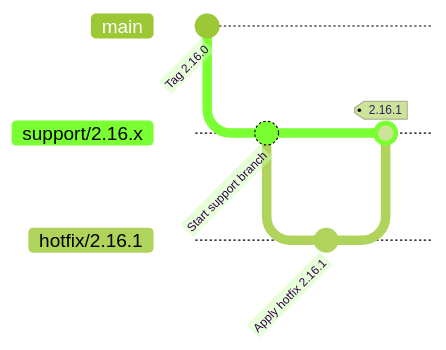
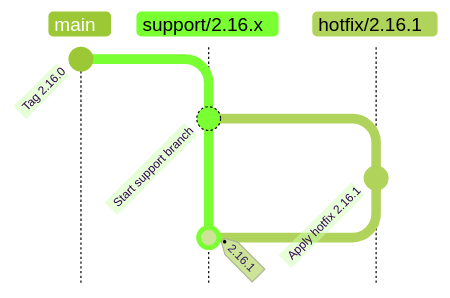
The second of 3 diagrams in docs/standards/git_flow_branching_strategy.md (rdkcentral/rdk-halif-aidl), drawn with Mermaid (forest theme) before and after one commit. The commit also changed other lines of this file, not shown here.

````diff
--- a/docs/standards/git_flow_branching_strategy.md
+++ b/docs/standards/git_flow_branching_strategy.md
@@ -172,11 +192,11 @@
 ```mermaid
-gitGraph
+gitGraph TB:
    commit id: "Tag 2.16.0"
    branch support/2.16.x
    checkout support/2.16.x
    commit id: "Start support branch"
    branch hotfix/2.16.1
    commit id: "Apply hotfix 2.16.1"
    checkout support/2.16.x
    merge hotfix/2.16.1 tag: "2.16.1"
 ```
````
